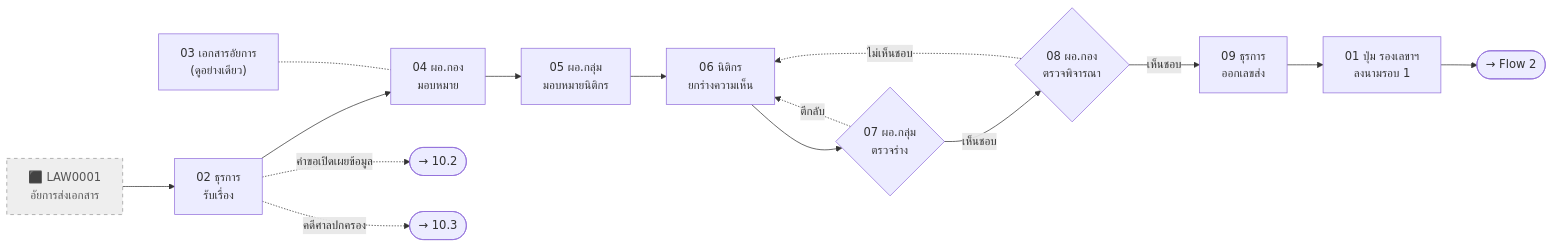
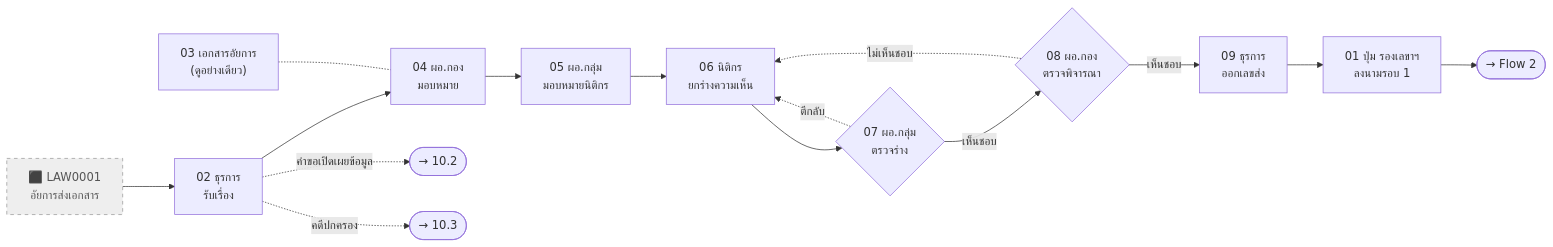
The first of 4 diagrams in docs/activity10-flow-10.1.md (varitthon/E-CMIS-A4), drawn with Mermaid before and after one commit. The commit also changed other lines of this file and 294 other files, not shown here.

````diff
--- a/docs/activity10-flow-10.1.md
+++ b/docs/activity10-flow-10.1.md
@@ -40,12 +40,12 @@
 ```mermaid
 flowchart LR
   X1["⬛ LAW0001<br/>อัยการส่งเอกสาร"]:::ext --> P02["02 ธุรการ<br/>รับเรื่อง"] --> P04["04 ผอ.กอง<br/>มอบหมาย"] --> P05["05 ผอ.กลุ่ม<br/>มอบหมายนิติกร"] --> P06["06 นิติกร<br/>ยกร่างความเห็น"] --> P07{"07 ผอ.กลุ่ม<br/>ตรวจร่าง"}
   P03["03 เอกสารอัยการ<br/>(ดูอย่างเดียว)"] -.- P04
   P07 -- เห็นชอบ --> P08{"08 ผอ.กอง<br/>ตรวจพิจารณา"}
   P07 -. ตีกลับ .-> P06
   P08 -- เห็นชอบ --> P09["09 ธุรการ<br/>ออกเลขส่ง"] --> S10a["01 ปุ่ม รองเลขาฯ<br/>ลงนามรอบ 1"] --> F2(["→ Flow 2"])
   P08 -. ไม่เห็นชอบ .-> P06
   P02 -. คำขอเปิดเผยข้อมูล .-> O2(["→ 10.2"])
-  P02 -. คดีศาลปกครอง .-> O3(["→ 10.3"])
+  P02 -. คดีปกครอง .-> O3(["→ 10.3"])
   classDef ext fill:#eeeeee,stroke:#999999,stroke-dasharray:5 5,color:#555555
 ```
````
